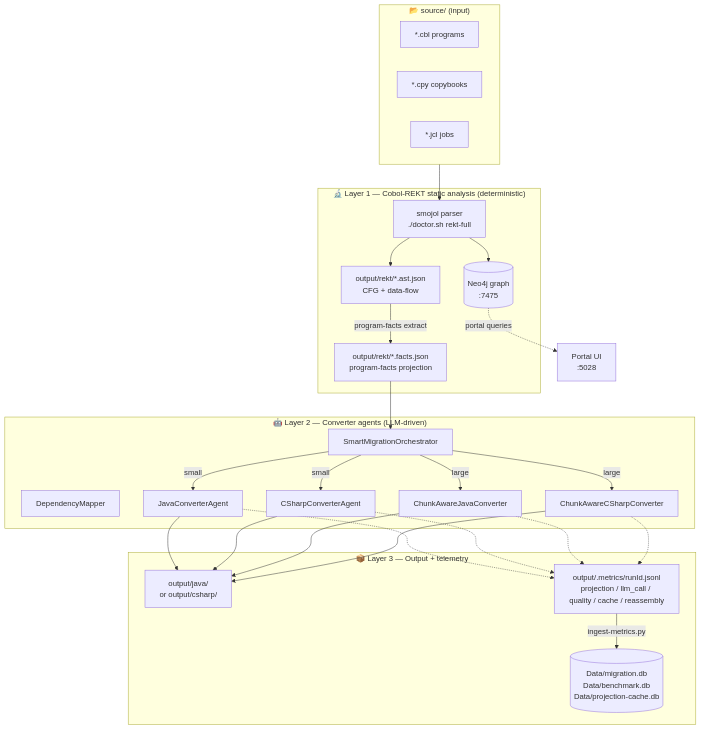
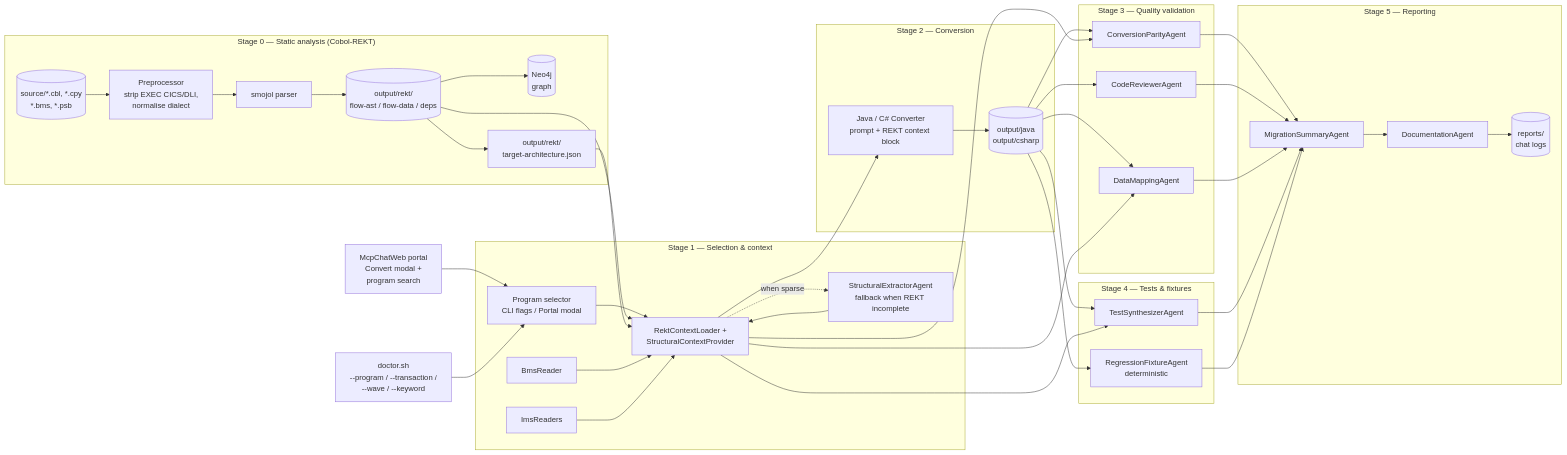
The first of 8 diagrams in README.md (Azure-Samples/Legacy-Modernization-Agents), drawn with Mermaid before and after one commit. The commit also changed other lines of this file and 7 other files, not shown here.

First line of the commit message:
Capability Discovery + Service Locator (REKT-driven)

````diff
--- a/README.md
+++ b/README.md
@@ -36,50 +887,67 @@
 ```mermaid
-flowchart TB
-    subgraph SRC ["📂 source/ (input)"]
-        CBL[*.cbl programs]
-        CPY[*.cpy copybooks]
-        JCL[*.jcl jobs]
+flowchart LR
+    subgraph Stage0["Stage 0 — Static analysis (Cobol-REKT)"]
+        SRC[("source/*.cbl, *.cpy<br/>*.bms, *.psb")]
+        SRC --> PREP[Preprocessor<br/>strip EXEC CICS/DLI,<br/>normalise dialect]
+        PREP --> SMOJOL[smojol parser]
+        SMOJOL --> RAW[("output/rekt/<br/>flow-ast / flow-data / deps")]
+        RAW --> NEO[(Neo4j<br/>graph)]
+        RAW --> TGT[output/rekt/<br/>target-architecture.json]
     end
 
-    subgraph REKT ["🔬 Layer 1 — Cobol-REKT static analysis (deterministic)"]
-        PARSE[smojol parser<br/>./doctor.sh rekt-full]
-        AST[output/rekt/*.ast.json<br/>CFG + data-flow]
-        NEO[(Neo4j graph<br/>:7475)]
-        FACTS[output/rekt/*.facts.json<br/>program-facts projection]
-        PARSE --> AST
-        PARSE --> NEO
-        AST -->|program-facts extract| FACTS
+    subgraph Stage1["Stage 1 — Selection &amp; context"]
+        SEL[Program selector<br/>CLI flags / Portal modal]
+        LOADER[RektContextLoader +<br/>StructuralContextProvider]
+        BMS[BmsReader]
+        IMS[ImsReaders]
+        STRUCT[StructuralExtractorAgent<br/>fallback when REKT incomplete]
+        SEL --> LOADER
+        RAW --> LOADER
+        TGT --> LOADER
+        BMS --> LOADER
+        IMS --> LOADER
+        LOADER -. when sparse .-> STRUCT
+        STRUCT --> LOADER
     end
 
-    subgraph AGENTS ["🤖 Layer 2 — Converter agents (LLM-driven)"]
-        DEP[DependencyMapper]
-        ROUTE[SmartMigrationOrchestrator]
-        JAVA[JavaConverterAgent]
-        CSHARP[CSharpConverterAgent]
-        CHUNK_J[ChunkAwareJavaConverter]
-        CHUNK_C[ChunkAwareCSharpConverter]
-        ROUTE -->|small| JAVA
-        ROUTE -->|small| CSHARP
-        ROUTE -->|large| CHUNK_J
-        ROUTE -->|large| CHUNK_C
+    subgraph Stage2["Stage 2 — Conversion"]
+        CONV[Java / C# Converter<br/>prompt + REKT context block]
+        OUT[(output/java<br/>output/csharp)]
+        LOADER --> CONV
+        CONV --> OUT
     end
 
-    subgraph OUT ["📦 Layer 3 — Output + telemetry"]
-        CODE[output/java/<br/>or output/csharp/]
-        METRICS[output/.metrics/runId.jsonl<br/>projection / llm_call / quality / cache / reassembly]
-        DB[(Data/migration.db<br/>Data/benchmark.db<br/>Data/projection-cache.db)]
+    subgraph Stage3["Stage 3 — Quality validation"]
+        PAR[ConversionParityAgent]
+        REV[CodeReviewerAgent]
+        DMAP[DataMappingAgent]
+        OUT --> PAR
+        OUT --> REV
+        OUT --> DMAP
+        LOADER --> PAR
+        LOADER --> DMAP
     end
 
-    SRC --> PARSE
-    FACTS --> ROUTE
-    NEO -.->|portal queries| PORTAL[Portal UI<br/>:5028]
-    JAVA --> CODE
-    CSHARP --> CODE
-    CHUNK_J --> CODE
-    CHUNK_C --> CODE
-    JAVA -.-> METRICS
-    CSHARP -.-> METRICS
-    CHUNK_J -.-> METRICS
-    CHUNK_C -.-> METRICS
-    METRICS -->|ingest-metrics.py| DB
+    subgraph Stage4["Stage 4 — Tests &amp; fixtures"]
+        TST[TestSynthesizerAgent]
+        FIX[RegressionFixtureAgent<br/>deterministic]
+        OUT --> TST
+        OUT --> FIX
+        LOADER --> TST
+    end
+
+    subgraph Stage5["Stage 5 — Reporting"]
+        SUM[MigrationSummaryAgent]
+        DOC[DocumentationAgent]
+        PAR --> SUM
+        REV --> SUM
+        DMAP --> SUM
+        TST --> SUM
+        FIX --> SUM
+        SUM --> DOC
+        DOC --> REPORT[(reports/<br/>chat logs)]
+    end
+
+    PORTAL[McpChatWeb portal<br/>Convert modal +<br/>program search] --> SEL
+    DOCSH[doctor.sh<br/>--program / --transaction /<br/>--wave / --keyword] --> SEL
 ```
````
